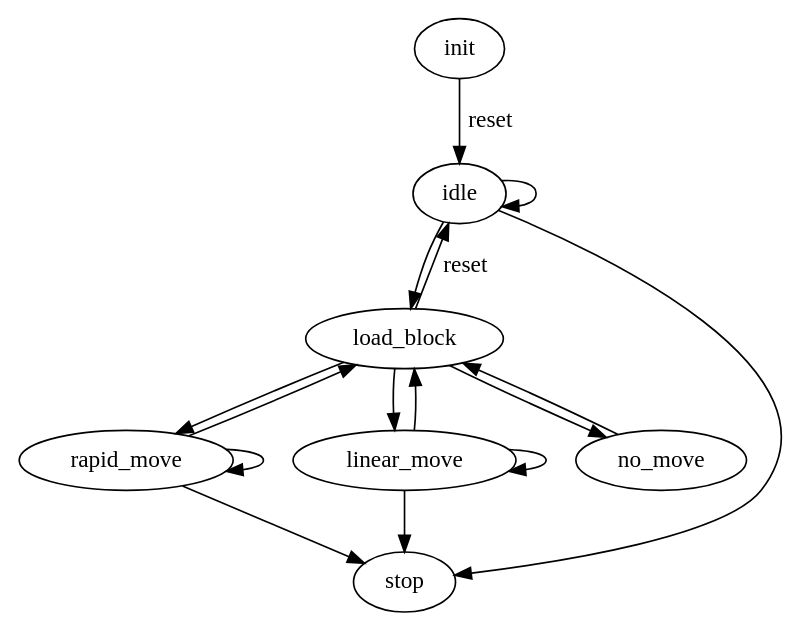
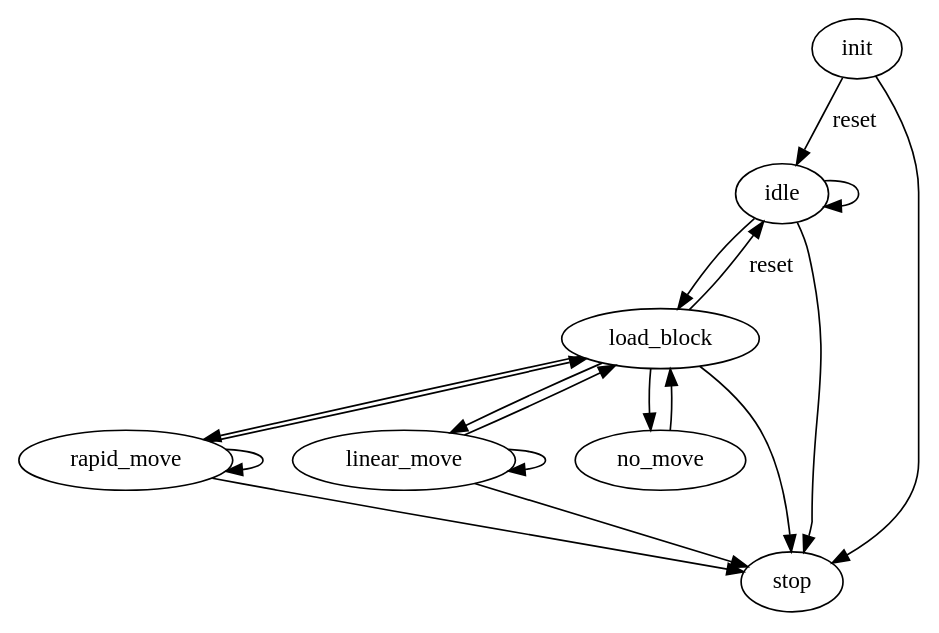
The diagram in src/fsm.dot (pbosetti/c-cnc), drawn with Graphviz before and after one commit. The commit also changed 3 other files, not shown here.

```diff
--- a/src/fsm.dot
+++ b/src/fsm.dot
@@ -1,32 +1,34 @@
 digraph "C-CNC" {
   # list of states
   init
   idle
   load_block
   rapid_move
   linear_move
   no_move
   stop
 
   # list of transitions
   init->idle [label="reset"]
+  init->stop
   idle->idle
   idle->load_block
   load_block->idle [label="reset"]
+  load_block->stop
 
   load_block->rapid_move
   rapid_move->rapid_move
   rapid_move->load_block
   rapid_move->stop
 
   load_block->linear_move
   linear_move->linear_move
   linear_move->load_block
   linear_move->stop
 
   load_block->no_move
   no_move->load_block
 
   idle->stop
 
 }
```
